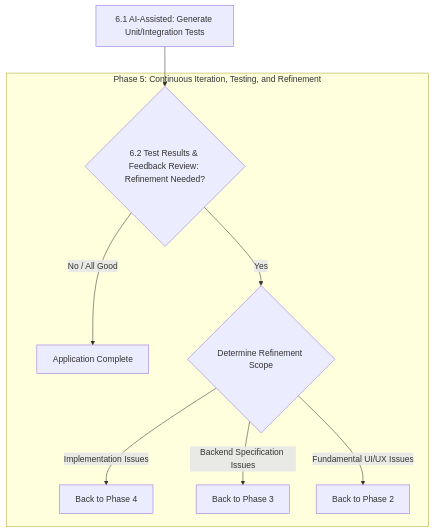
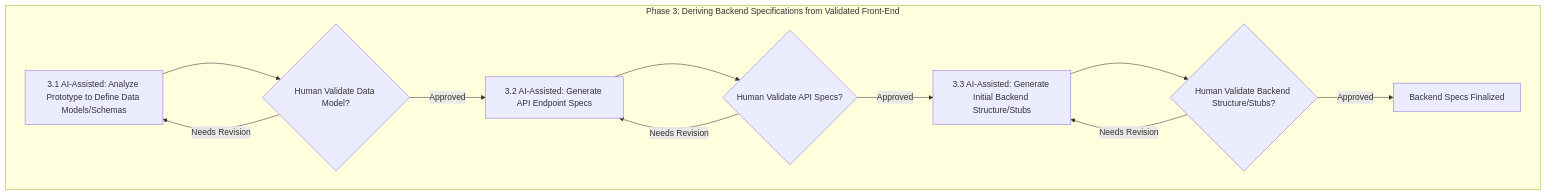
Before and after one commit to Mharbulous/Front-First-Method: the diagram in Method/FF-phase5.md, drawn with Mermaid. The commit also changed other lines of this file and 6 other files, not shown here.

Commit message:
Merging diagrams with nuance of original instruction (WIP)

````diff
--- a/Method/FF-phase5.md
+++ b/Method/FF-phase5.md
@@ -1,12 +3,15 @@
 ```mermaid
 graph TD
-    E1["6.1 AI-Assisted: Generate Unit/Integration Tests"] --> E2_Val{"6.2 Test Results & Feedback Review: Refinement Needed?"}
-    
-    subgraph Phase5 ["Phase 5: Continuous Iteration, Testing, and Refinement"]
-        E2_Val -->|No / All Good| F["Application Complete"]
-        E2_Val -->|Yes| E_Refine_Decision{"Determine Refinement Scope"}
-        E_Refine_Decision -->|Implementation Issues| D_Loop_Start["Back to Phase 4"]
-        E_Refine_Decision -->|Backend Specification Issues| C1["Back to Phase 3"]
-        E_Refine_Decision -->|Fundamental UI/UX Issues| B1["Back to Phase 2"]
+    subgraph Phase2 ["Phase 3: Deriving Backend Specifications from Validated Front-End"]
+        C1["3.1 AI-Assisted: Analyze Prototype to Define Data Models/Schemas"]    
+        C1 --> C1_Val{"Human Validate Data Model?"}
+        C1_Val -->|Needs Revision| C1
+        C1_Val -->|Approved| C2["3.2 AI-Assisted: Generate API Endpoint Specs"]
+        C2 --> C2_Val{"Human Validate API Specs?"}
+        C2_Val -->|Needs Revision| C2
+        C2_Val -->|Approved| C3["3.3 AI-Assisted: Generate Initial Backend Structure/Stubs"]
+        C3 --> C3_Val{"Human Validate Backend Structure/Stubs?"}
+        C3_Val -->|Needs Revision| C3
+        C3_Val -->|Approved| D_Spec["Backend Specs Finalized"]
     end
 ```
````
